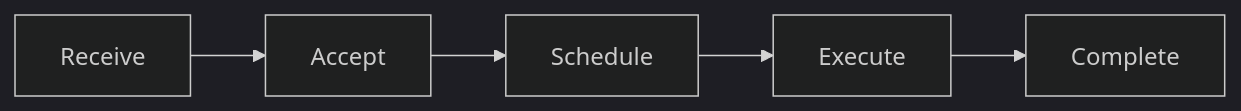
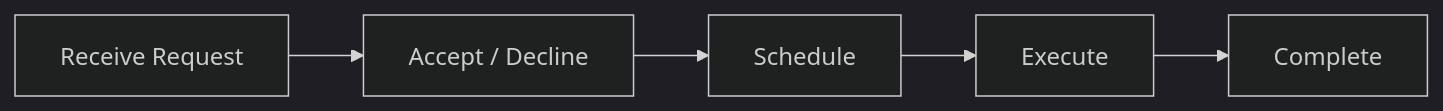
One commit to Dhodiapreet/job-sequence-app changed the third of 5 diagrams in README.md. Above: the diagram before and after it, drawn with Mermaid (dark theme). The commit also changed other lines of this file, not shown here.

````diff
--- a/README.md
+++ b/README.md
@@ -99,7 +159,14 @@
 ```mermaid
 flowchart LR
-    A[Receive] --> B[Accept]
-    B --> C[Schedule]
-    C --> D[Execute]
-    D --> E[Complete]
+
+    A[Receive Request]
+    B[Accept / Decline]
+    C[Schedule]
+    D[Execute]
+    E[Complete]
+
+    A --> B
+    B --> C
+    C --> D
+    D --> E
 ```
````
